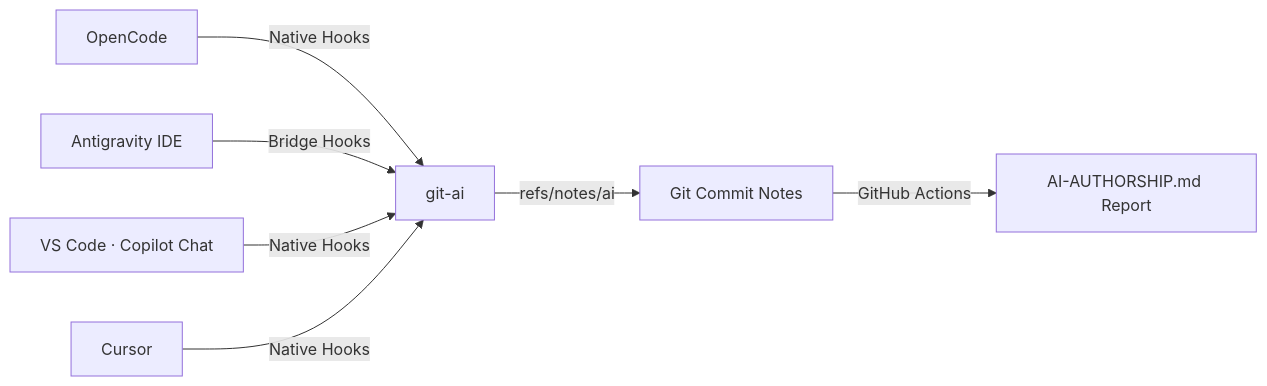
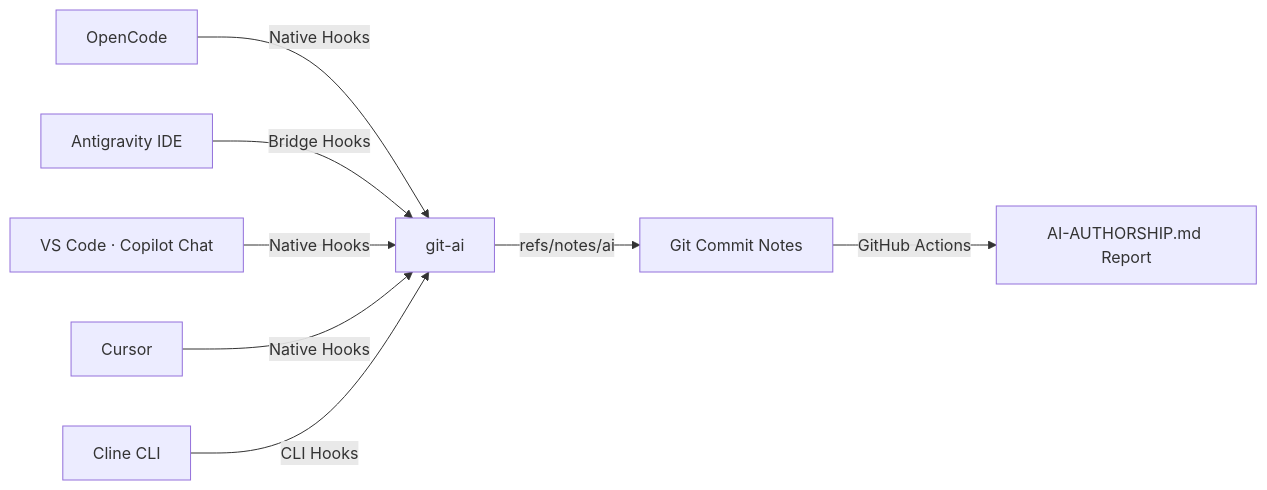
One commit to CaliMark/ai-authorship changed the diagram in README.md. Above: the diagram before and after it, drawn with Mermaid. The commit also changed other lines of this file and 3 other files, not shown here.

Commit message:
docs: document Cline CLI + extension attribution and git-ai extension conflict

````diff
--- a/README.md
+++ b/README.md
@@ -48,9 +50,10 @@
 ```mermaid
 graph LR
     A[OpenCode] -->|Native Hooks| C[git-ai]
     B[Antigravity IDE] -->|Bridge Hooks| C
     D[VS Code · Copilot Chat] -->|Native Hooks| C
     G[Cursor] -->|Native Hooks| C
+    H[Cline CLI] -->|CLI Hooks| C
     C -->|refs/notes/ai| E[Git Commit Notes]
     E -->|GitHub Actions| F[AI-AUTHORSHIP.md Report]
 ```
````
